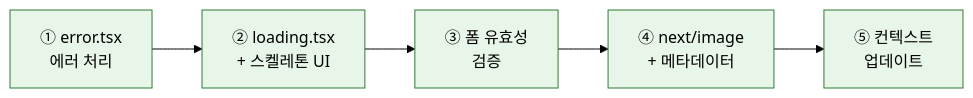
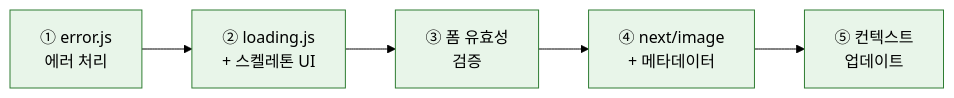
The diagram in docs/ch12A.md (LeeSeogMin/web), drawn with Mermaid (forest theme) before and after one commit. The commit also changed other lines of this file and 270 other files, not shown here.

````diff
--- a/docs/ch12A.md
+++ b/docs/ch12A.md
@@ -46,13 +46,13 @@
 ```mermaid
 graph LR
-  A["① error.tsx<br/>에러 처리"] --> B["② loading.tsx<br/>+ 스켈레톤 UI"]
+  A["① error.js<br/>에러 처리"] --> B["② loading.js<br/>+ 스켈레톤 UI"]
   B --> C["③ 폼 유효성<br/>검증"]
   C --> D["④ next/image<br/>+ 메타데이터"]
   D --> E["⑤ 컨텍스트<br/>업데이트"]
 
   style A fill:#E8F5E9,stroke:#2E7D32
   style B fill:#E8F5E9,stroke:#2E7D32
   style C fill:#E8F5E9,stroke:#2E7D32
   style D fill:#E8F5E9,stroke:#2E7D32
   style E fill:#E8F5E9,stroke:#2E7D32
 ```
````
